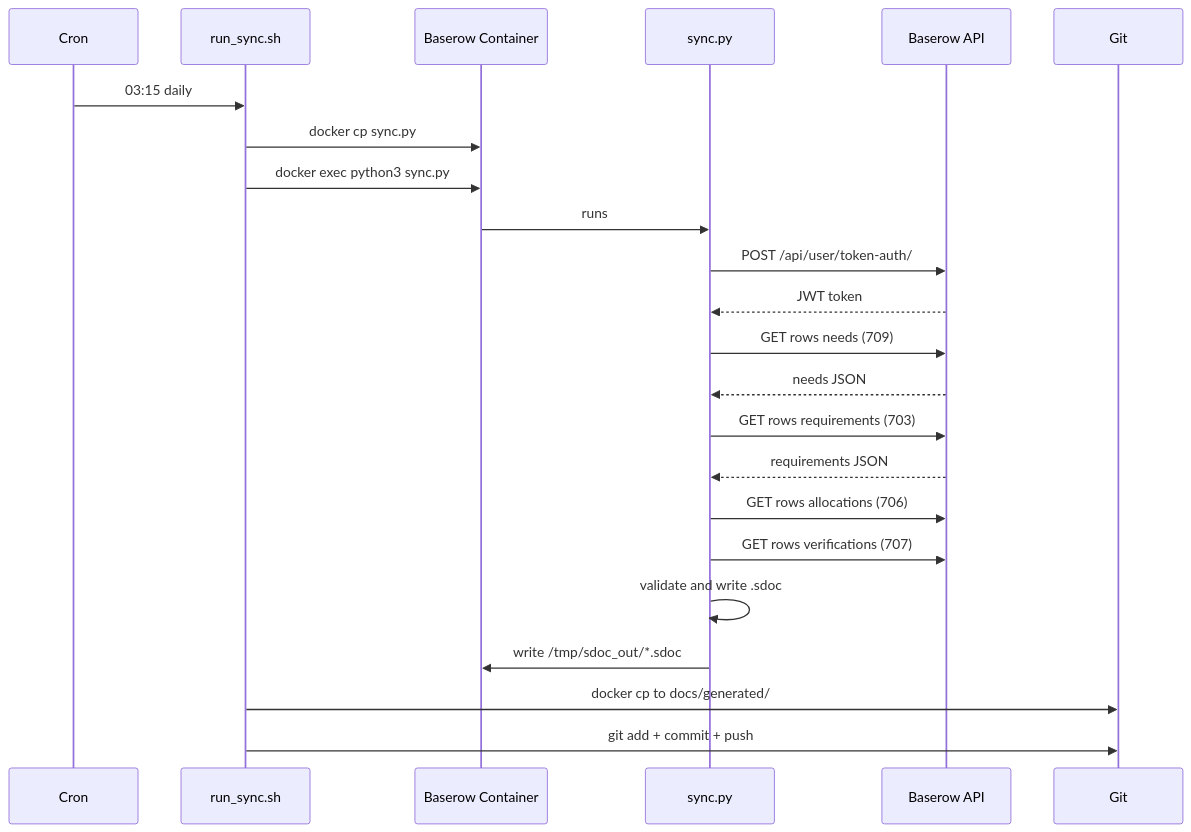
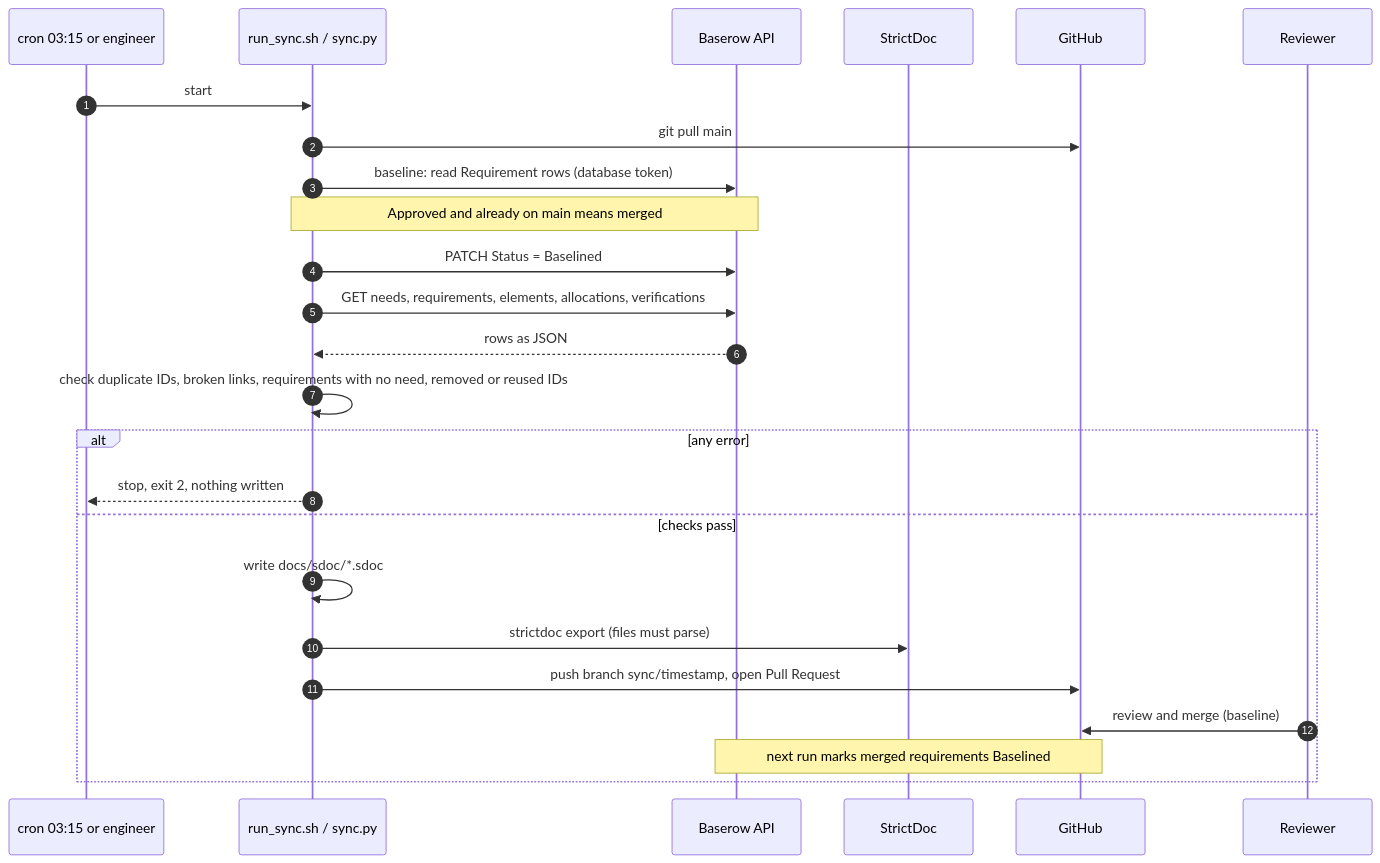
One commit to aline-001/requirements-pipeline changed the fourth of 6 diagrams in SUBMISSION.md. Above: the diagram before and after it, drawn with Mermaid. The commit also changed other lines of this file, not shown here.

Commit message:
Update submission: StrictDoc, RTM site, new sync

````diff
--- a/SUBMISSION.md
+++ b/SUBMISSION.md
@@ -230,26 +564,28 @@
 ```mermaid
 sequenceDiagram
-    participant Cron
-    participant Wrapper as run_sync.sh
-    participant Container as Baserow Container
-    participant Script as sync.py
+    autonumber
+    participant Cron as cron 03:15 or engineer
+    participant Sync as run_sync.sh / sync.py
     participant API as Baserow API
-    participant Git
-    Cron->>Wrapper: 03:15 daily
-    Wrapper->>Container: docker cp sync.py
-    Wrapper->>Container: docker exec python3 sync.py
-    Container->>Script: runs
-    Script->>API: POST /api/user/token-auth/
-    API-->>Script: JWT token
-    Script->>API: GET rows needs (709)
-    API-->>Script: needs JSON
-    Script->>API: GET rows requirements (703)
-    API-->>Script: requirements JSON
-    Script->>API: GET rows allocations (706)
-    Script->>API: GET rows verifications (707)
-    Script->>Script: validate and write .sdoc
-    Script->>Container: write /tmp/sdoc_out/*.sdoc
-    Wrapper->>Git: docker cp to docs/generated/
-    Wrapper->>Git: git add + commit + push
+    participant SD as StrictDoc
+    participant Git as GitHub
+    participant Rev as Reviewer
 
+    Cron->>Sync: start
+    Sync->>Git: git pull main
+    Sync->>API: baseline: read Requirement rows (database token)
+    Note over Sync,API: Approved and already on main means merged
+    Sync->>API: PATCH Status = Baselined
+    Sync->>API: GET needs, requirements, elements, allocations, verifications
+    API-->>Sync: rows as JSON
+    Sync->>Sync: check duplicate IDs, broken links, requirements with no need, removed or reused IDs
+    alt any error
+        Sync-->>Cron: stop, exit 2, nothing written
+    else checks pass
+        Sync->>Sync: write docs/sdoc/*.sdoc
+        Sync->>SD: strictdoc export (files must parse)
+        Sync->>Git: push branch sync/timestamp, open Pull Request
+        Rev->>Git: review and merge (baseline)
+        Note over Git,API: next run marks merged requirements Baselined
+    end
 ```
````
